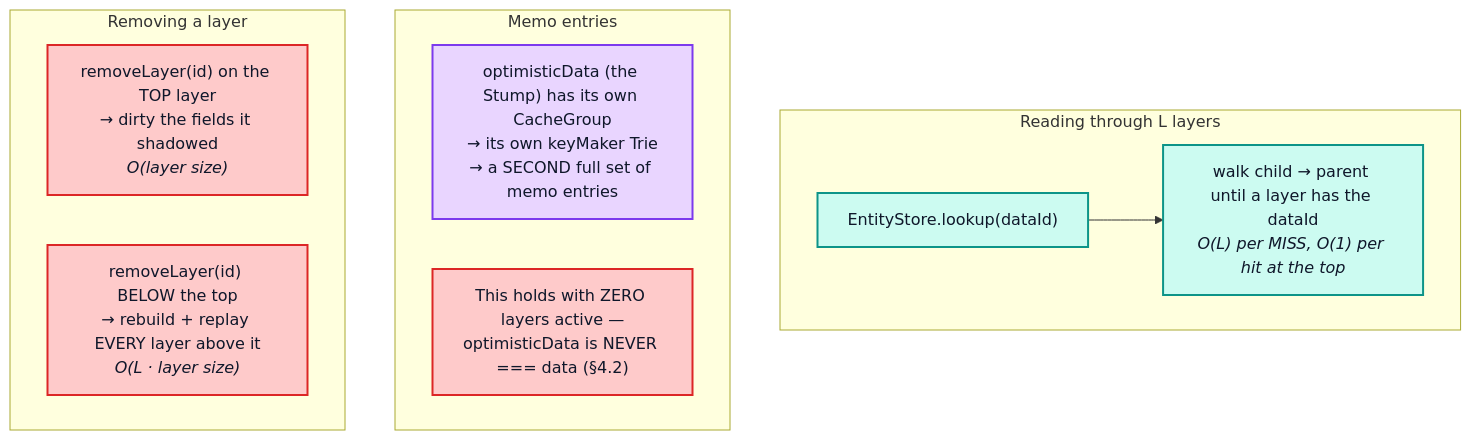
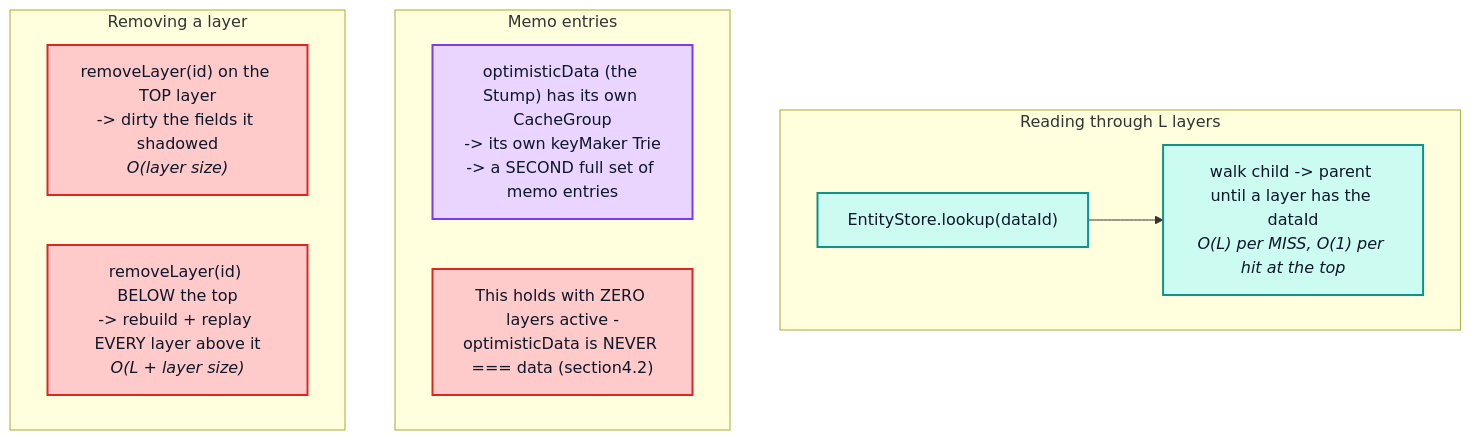
One commit to convict-git/fast-gql-cache-rs changed the ninth of 14 diagrams in docs/apollo-client-inmemory-cache-performance.md. Above: the diagram before and after it, drawn with Mermaid. The commit also changed other lines of this file and 1 other file, not shown here.

First line of the commit message:
docs(cache): replace unicode arrows/dashes/dots in all mermaid diagrams

````diff
--- a/docs/apollo-client-inmemory-cache-performance.md
+++ b/docs/apollo-client-inmemory-cache-performance.md
@@ -1035,22 +1035,22 @@
 ```mermaid
 flowchart TB
     subgraph reading["Reading through L layers"]
         R1["EntityStore.lookup(dataId)"]:::read
-        R2["walk child → parent until a layer has the dataId<br/><i>O(L) per MISS, O(1) per hit at the top</i>"]:::read
+        R2["walk child -> parent until a layer has the dataId<br/><i>O(L) per MISS, O(1) per hit at the top</i>"]:::read
         R1 --> R2
     end
 
     subgraph memoing["Memo entries"]
-        M1["optimisticData (the Stump) has its own CacheGroup<br/>→ its own keyMaker Trie<br/>→ a SECOND full set of memo entries"]:::memo
-        M2["This holds with ZERO layers active —<br/>optimisticData is NEVER === data (§4.2)"]:::dirty
+        M1["optimisticData (the Stump) has its own CacheGroup<br/>-> its own keyMaker Trie<br/>-> a SECOND full set of memo entries"]:::memo
+        M2["This holds with ZERO layers active -<br/>optimisticData is NEVER === data (section4.2)"]:::dirty
     end
 
     subgraph removing["Removing a layer"]
-        D1["removeLayer(id) on the TOP layer<br/>→ dirty the fields it shadowed<br/><i>O(layer size)</i>"]:::dirty
-        D2["removeLayer(id) BELOW the top<br/>→ rebuild + replay EVERY layer above it<br/><i>O(L · layer size)</i>"]:::dirty
+        D1["removeLayer(id) on the TOP layer<br/>-> dirty the fields it shadowed<br/><i>O(layer size)</i>"]:::dirty
+        D2["removeLayer(id) BELOW the top<br/>-> rebuild + replay EVERY layer above it<br/><i>O(L + layer size)</i>"]:::dirty
     end
 
     classDef read fill:#ccfbf1,stroke:#0d9488,stroke-width:2px,color:#0f172a
     classDef memo fill:#e9d5ff,stroke:#7c3aed,stroke-width:2px,color:#0f172a
     classDef dirty fill:#fecaca,stroke:#dc2626,stroke-width:2px,color:#0f172a
 ```
````
